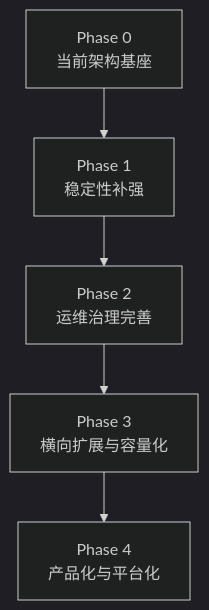
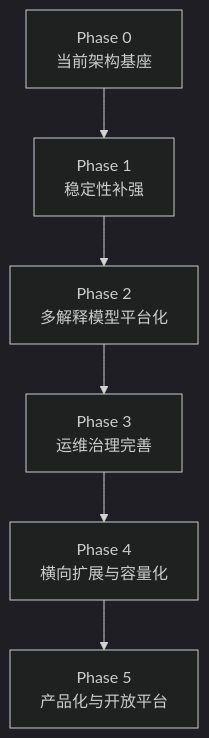
One commit to FangcunMount/qs-server changed the diagram in docs/05-专题分析/07-系统演进路线.md. Above: the diagram before and after it, drawn with Mermaid (dark theme). The commit also changed other lines of this file and 14 other files, not shown here.

````diff
--- a/docs/05-专题分析/07-系统演进路线.md
+++ b/docs/05-专题分析/07-系统演进路线.md
@@ -209,10 +250,11 @@
 ```mermaid
 flowchart TB
     P0["Phase 0<br/>当前架构基座"]
     P1["Phase 1<br/>稳定性补强"]
-    P2["Phase 2<br/>运维治理完善"]
-    P3["Phase 3<br/>横向扩展与容量化"]
-    P4["Phase 4<br/>产品化与平台化"]
+    P2["Phase 2<br/>多解释模型平台化"]
+    P3["Phase 3<br/>运维治理完善"]
+    P4["Phase 4<br/>横向扩展与容量化"]
+    P5["Phase 5<br/>产品化与开放平台"]
 
-    P0 --> P1 --> P2 --> P3 --> P4
+    P0 --> P1 --> P2 --> P3 --> P4 --> P5
 ```
````
